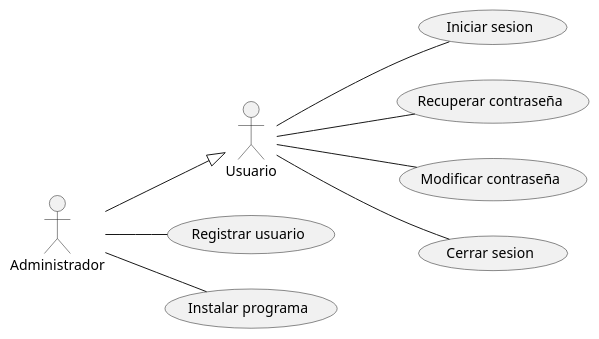
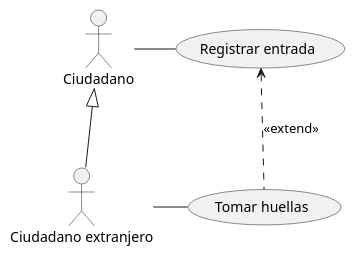
Before and after one commit to sandrasd89/CasosDeUsoI: the diagram in casosdeusoI.puml, drawn with PlantUML.

Commit message:
creado puesto fronterizo

```diff
--- a/casosdeusoI.puml
+++ b/casosdeusoI.puml
@@ -1,13 +1,8 @@
 @startuml
 
-left to right direction
-
-:Usuario: -- (Iniciar sesion)
-:Usuario: -- (Recuperar contraseña)
-:Usuario: -- (Modificar contraseña)
-:Usuario: -- (Cerrar sesion)
-:Administrador: -- (Registrar usuario)
-:Administrador: -- (Instalar programa)
-:Usuario: <|-up- :Administrador:
+:Ciudadano: -right- (Registrar entrada)
+:Ciudadano extranjero: -right- (Tomar huellas)
+:Ciudadano: <|-- :Ciudadano extranjero:
+(Tomar huellas) .up.> (Registrar entrada) : <<extend>>
 
 @enduml
```
